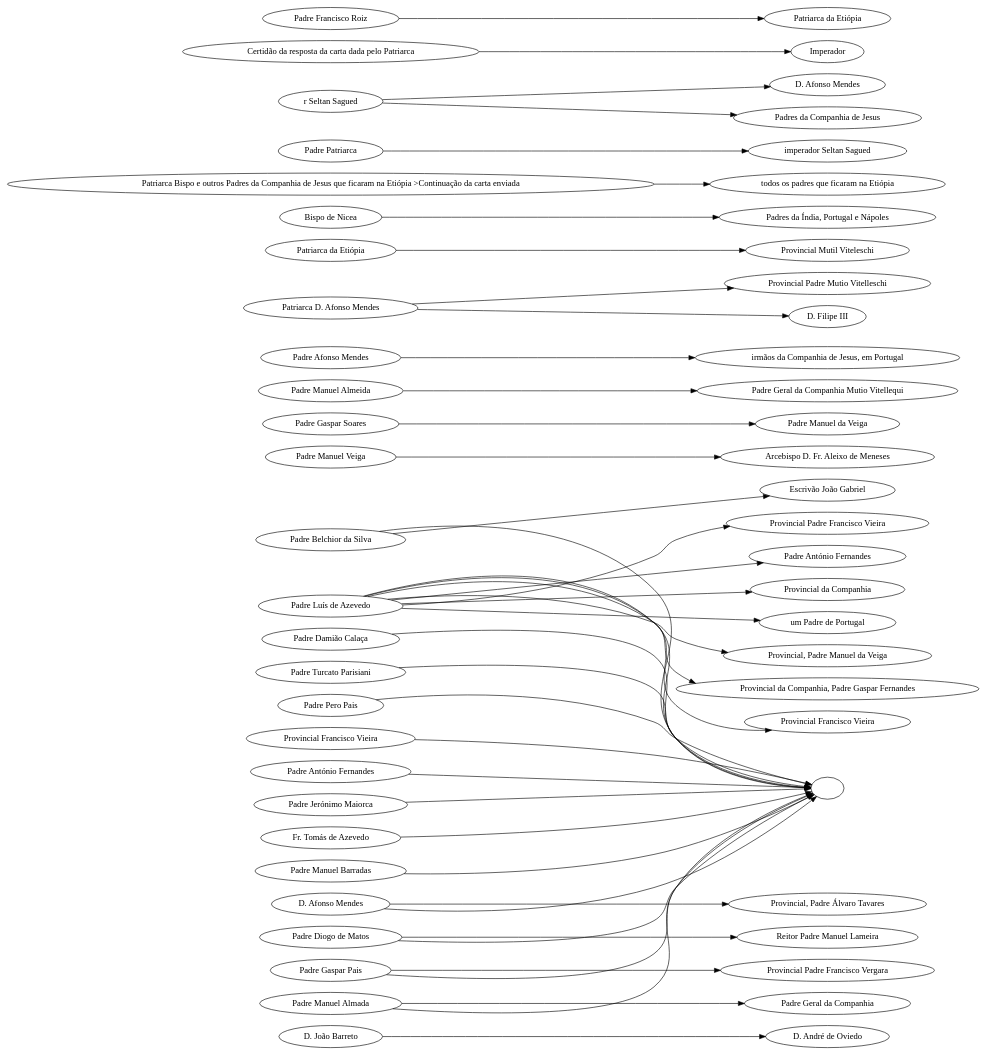
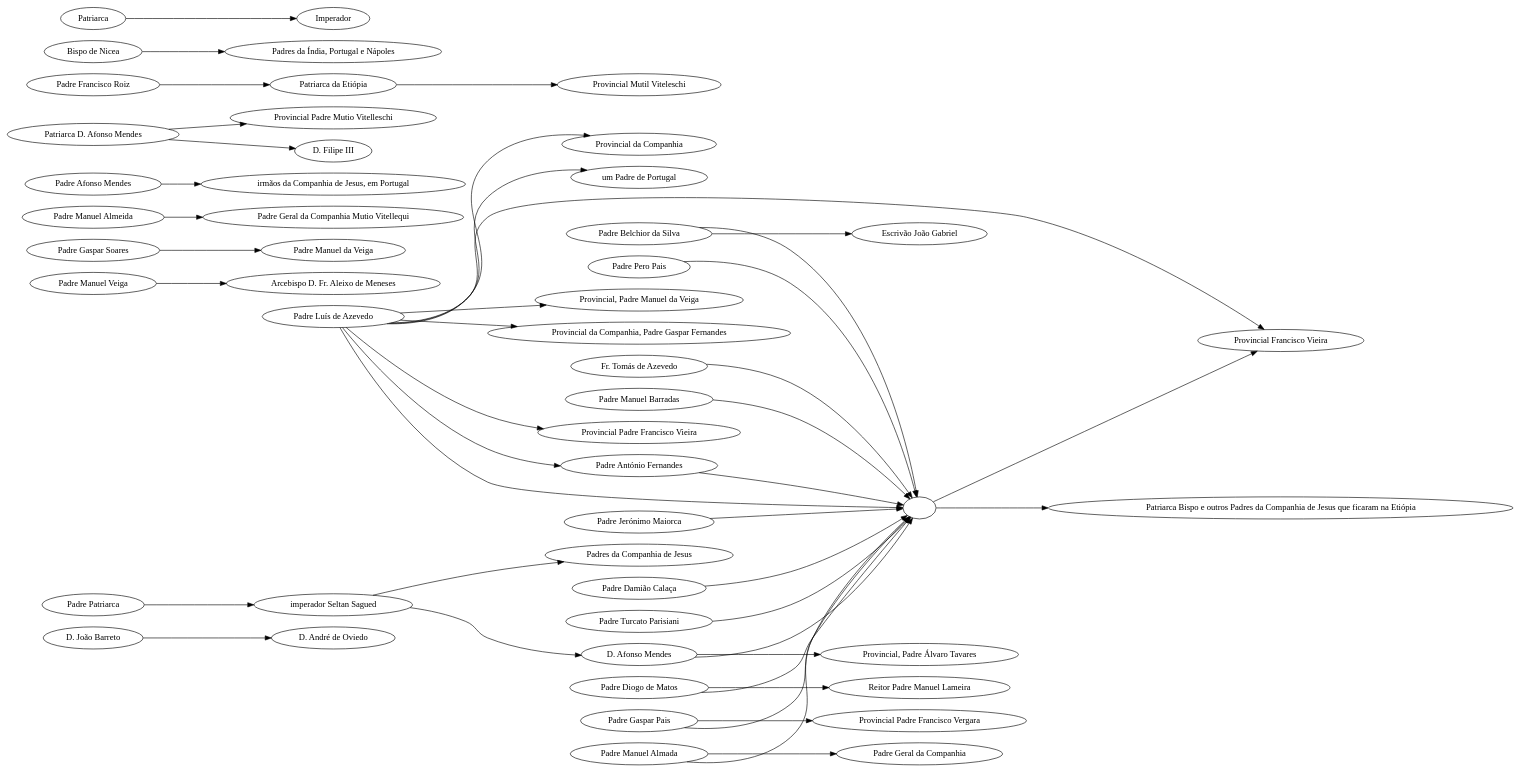
One commit to joanacruz94/Language-Processing changed the diagram in Fase2/graph.gv. Above: the diagram before and after it, drawn with Graphviz. The commit also changed 6 other files, not shown here.

```diff
--- a/Fase2/graph.gv
+++ b/Fase2/graph.gv
@@ -1,45 +1,45 @@
 digraph grafo {
 	size="100,100";
 	rankdir=LR;
-	" D. João Barreto" -> "D. André de Oviedo";
-	" Padre Belchior da Silva" -> "Escrivão João Gabriel";
-	" Padre Manuel Veiga" -> "Arcebispo D. Fr. Aleixo de Meneses";
-	" Padre Gaspar Soares" -> "Padre Manuel da Veiga";
-	" Padre Luís de Azevedo" -> "Provincial, Padre Manuel da Veiga";
-	" Padre Pero Pais" -> "";
-	" Padre Luís de Azevedo" -> "Provincial da Companhia, Padre Gaspar Fernandes";
-	" Padre Luís de Azevedo" -> "";
-	" Padre Luís de Azevedo" -> "Provincial Francisco Vieira";
-	" Padre Luís de Azevedo" -> "Provincial Padre Francisco Vieira";
-	" Provincial Francisco Vieira" -> "";
-	" Padre Luís de Azevedo" -> "Padre António Fernandes";
-	" D. Afonso Mendes" -> "";
-	" Padre Luís de Azevedo" -> "Provincial da Companhia";
-	" Padre António Fernandes" -> "";
-	" Padre Luís de Azevedo" -> "um Padre de Portugal";
-	" Padre Jerónimo Maiorca" -> "";
-	" Padre Diogo de Matos" -> "";
-	" Fr. Tomás de Azevedo" -> "";
-	" Padre Manuel Almeida" -> "Padre Geral da Companhia Mutio Vitellequi";
-	" Padre Gaspar Pais" -> "";
-	" Padre Gaspar Pais" -> "Provincial Padre Francisco Vergara";
-	" Padre Afonso Mendes" -> "irmãos da Companhia de Jesus, em Portugal";
-	" Patriarca D. Afonso Mendes" -> "Provincial Padre Mutio Vitelleschi";
-	" Patriarca da Etiópia" -> "Provincial Mutil Viteleschi";
-	" Padre Manuel Barradas" -> "";
-	" Padre Manuel Almada" -> "Padre Geral da Companhia";
-	" Padre Manuel Almada" -> "";
-	" Bispo de Nicea" -> "Padres da Índia, Portugal e Nápoles";
-	" Patriarca D. Afonso Mendes" -> "D. Filipe III";
-	" Patriarca Bispo e outros Padres da Companhia de Jesus que ficaram na Etiópia >Continuação da carta enviada" -> "todos os padres que ficaram na Etiópia";
-	" Padre Patriarca" -> "imperador Seltan Sagued";
-	"r Seltan Sagued" -> "D. Afonso Mendes";
-	"r Seltan Sagued" -> "Padres da Companhia de Jesus";
-	"Certidão da resposta da carta dada pelo Patriarca" -> "Imperador";
-	" D. Afonso Mendes" -> "Provincial, Padre Álvaro Tavares";
-	" Padre Francisco Roiz" -> "Patriarca da Etiópia";
-	" Padre Diogo de Matos" -> "Reitor Padre Manuel Lameira";
-	" Padre Damião Calaça" -> "";
-	" Padre Turcato Parisiani" -> "";
-	" Padre Belchior da Silva" -> "";
+	"D. João Barreto" -> "D. André de Oviedo";
+	"Padre Belchior da Silva" -> "Escrivão João Gabriel";
+	"Padre Manuel Veiga" -> "Arcebispo D. Fr. Aleixo de Meneses";
+	"Padre Gaspar Soares" -> "Padre Manuel da Veiga";
+	"Padre Luís de Azevedo" -> "Provincial, Padre Manuel da Veiga";
+	"Padre Pero Pais" -> "";
+	"Padre Luís de Azevedo" -> "Provincial da Companhia, Padre Gaspar Fernandes";
+	"Padre Luís de Azevedo" -> "";
+	"Padre Luís de Azevedo" -> "Provincial Francisco Vieira";
+	"Padre Luís de Azevedo" -> "Provincial Padre Francisco Vieira";
+	"" -> "Provincial Francisco Vieira";
+	"Padre Luís de Azevedo" -> "Padre António Fernandes";
+	"D. Afonso Mendes" -> "";
+	"Padre Luís de Azevedo" -> "Provincial da Companhia";
+	"Padre António Fernandes" -> "";
+	"Padre Luís de Azevedo" -> "um Padre de Portugal";
+	"Padre Jerónimo Maiorca" -> "";
+	"Padre Diogo de Matos" -> "";
+	"Fr. Tomás de Azevedo" -> "";
+	"Padre Manuel Almeida" -> "Padre Geral da Companhia Mutio Vitellequi";
+	"Padre Gaspar Pais" -> "";
+	"Padre Gaspar Pais" -> "Provincial Padre Francisco Vergara";
+	"Padre Afonso Mendes" -> "irmãos da Companhia de Jesus, em Portugal";
+	"Patriarca D. Afonso Mendes" -> "Provincial Padre Mutio Vitelleschi";
+	"Patriarca da Etiópia" -> "Provincial Mutil Viteleschi";
+	"Padre Manuel Barradas" -> "";
+	"Padre Manuel Almada" -> "Padre Geral da Companhia";
+	"Padre Manuel Almada" -> "";
+	"Bispo de Nicea" -> "Padres da Índia, Portugal e Nápoles";
+	"Patriarca D. Afonso Mendes" -> "D. Filipe III";
+	"" -> "Patriarca Bispo e outros Padres da Companhia de Jesus que ficaram na Etiópia ";
+	"Padre Patriarca" -> "imperador Seltan Sagued";
+	"imperador Seltan Sagued" -> "D. Afonso Mendes";
+	"imperador Seltan Sagued" -> "Padres da Companhia de Jesus";
+	"Patriarca" -> "Imperador";
+	"D. Afonso Mendes" -> "Provincial, Padre Álvaro Tavares";
+	"Padre Francisco Roiz" -> "Patriarca da Etiópia";
+	"Padre Diogo de Matos" -> "Reitor Padre Manuel Lameira";
+	"Padre Damião Calaça" -> "";
+	"Padre Turcato Parisiani" -> "";
+	"Padre Belchior da Silva" -> "";
 }
```
